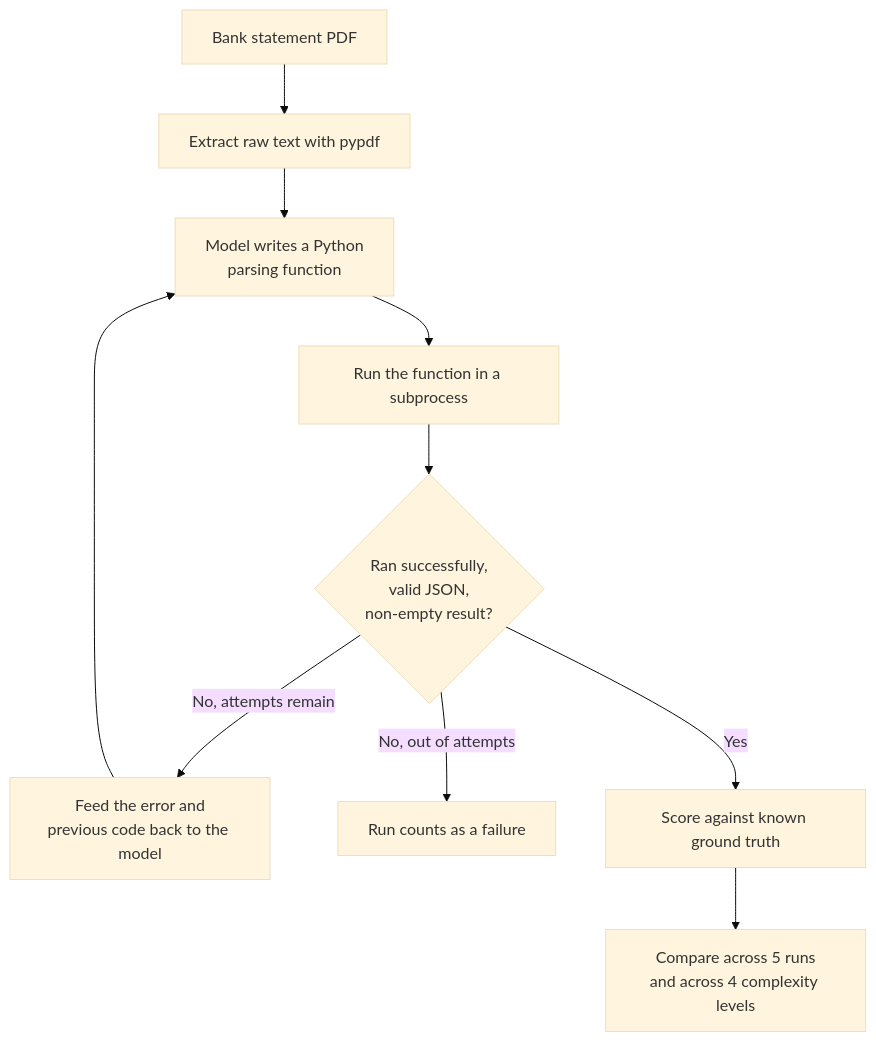
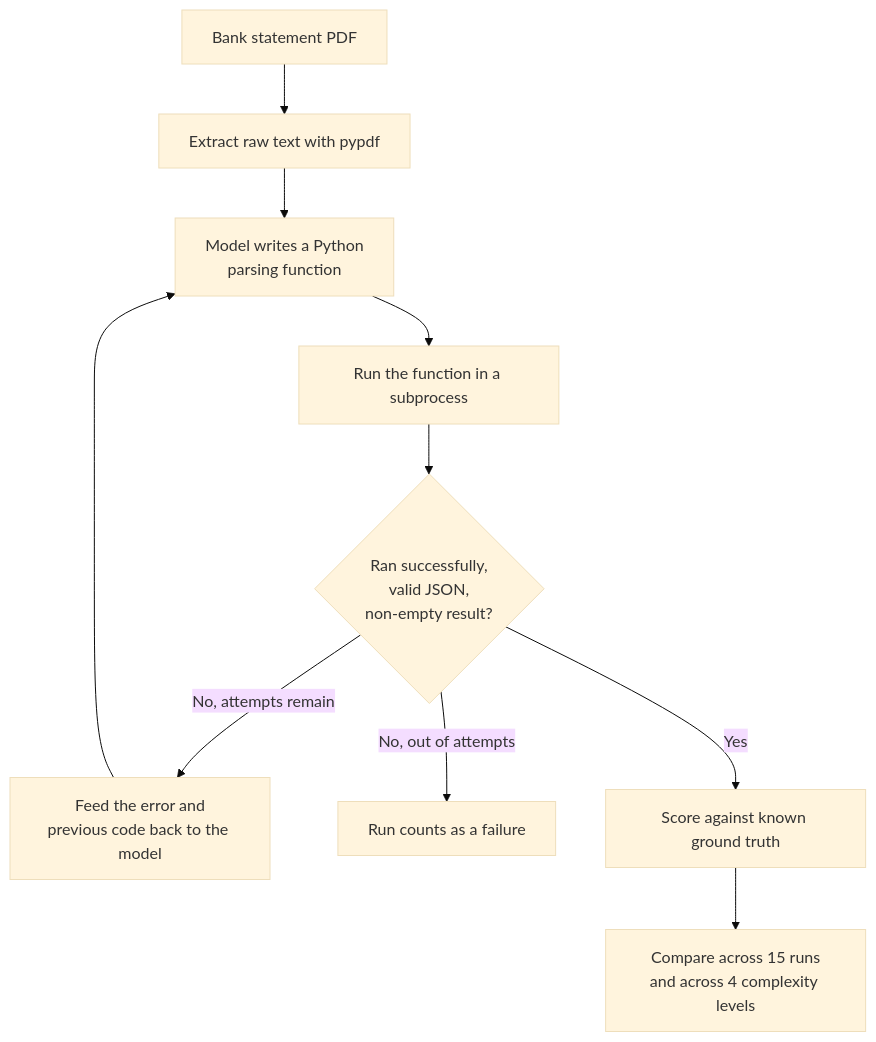
Before and after one commit to the-write-path-code/ch02-agent-monolith-trap: the diagram in docs/monolith_experiment.md, drawn with Mermaid (base theme). The commit also changed other lines of this file, not shown here.

````diff
--- a/docs/monolith_experiment.md
+++ b/docs/monolith_experiment.md
@@ -13,17 +13,17 @@
 ```mermaid
 flowchart TD
     A[Bank statement PDF] --> B[Extract raw text with pypdf]
     B --> C[Model writes a Python
 parsing function]
     C --> D[Run the function in a subprocess]
     D --> E{Ran successfully,
 valid JSON,
 non-empty result?}
     E -- No, attempts remain --> F[Feed the error and
 previous code back to the model]
     F --> C
     E -- No, out of attempts --> G[Run counts as a failure]
     E -- Yes --> H[Score against known ground truth]
-    H --> I[Compare across 5 runs
+    H --> I[Compare across 15 runs
 and across 4 complexity levels]
 ```
````
